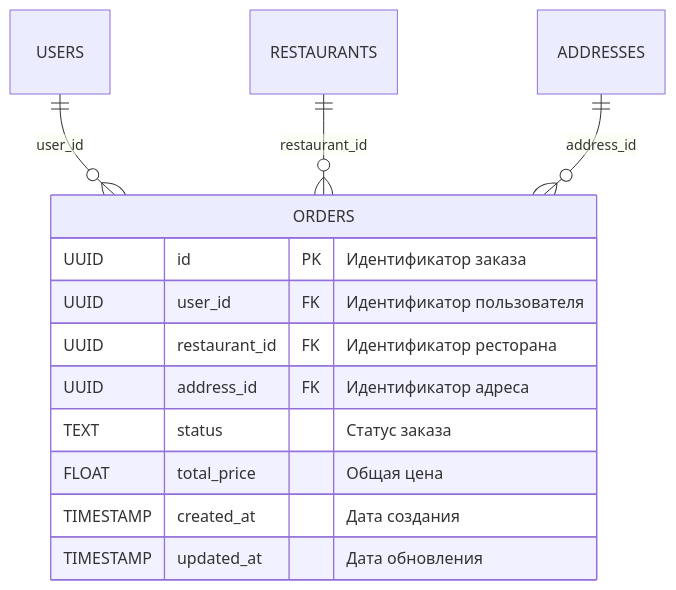
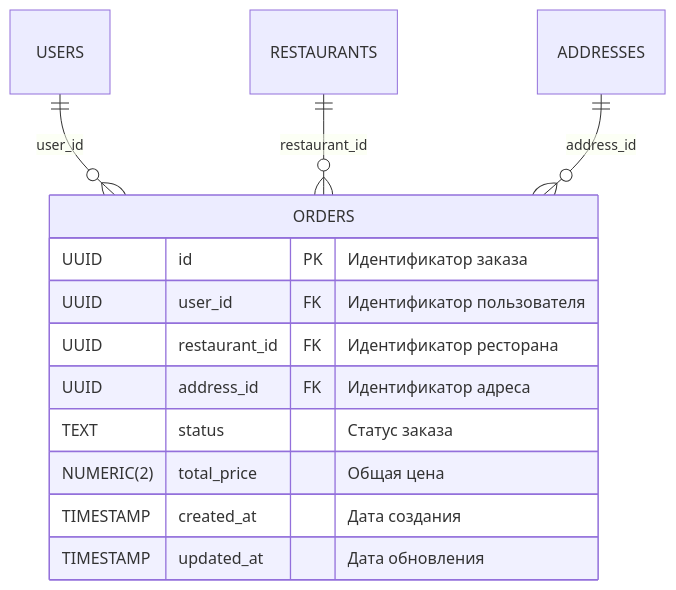
Before and after one commit to go-park-mail-ru/2025_1_adminadmin: the sixth of 13 diagrams in db/db_norm/relations.md, drawn with Mermaid. The commit also changed other lines of this file and 2 other files, not shown here.

````diff
--- a/db/db_norm/relations.md
+++ b/db/db_norm/relations.md
@@ -251,16 +251,16 @@
 ```mermaid
 erDiagram
     ORDERS {
         UUID id PK "Идентификатор заказа"
         UUID user_id FK "Идентификатор пользователя"
         UUID restaurant_id FK "Идентификатор ресторана"
         UUID address_id FK "Идентификатор адреса"
         TEXT status "Статус заказа"
-        FLOAT total_price "Общая цена"
+        NUMERIC(2) total_price "Общая цена"
         TIMESTAMP created_at "Дата создания"
         TIMESTAMP updated_at "Дата обновления"
     }
     USERS ||--o{ ORDERS : "user_id"
     RESTAURANTS ||--o{ ORDERS : "restaurant_id"
     ADDRESSES ||--o{ ORDERS : "address_id"
 ```
````
